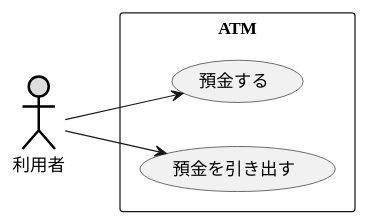
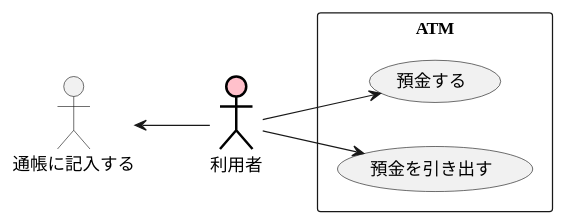
The diagram in 例題1_UC_ATM.pu (hinokanata/uml-introduction), drawn with PlantUML before and after one commit. The commit also changed 1 other file, not shown here.

Commit message:
図書館システム

```diff
--- a/例題1_UC_ATM.pu
+++ b/例題1_UC_ATM.pu
@@ -1,10 +1,11 @@
 @startuml 例題1
 left to right direction
-actor 利用者 #DDDDDD;line:black;line.bold;
+actor 利用者 #Pink;line:black;line.bold;
 rectangle ATM {
 usecase 預金する
 usecase 預金を引き出す
 }
 利用者 --> 預金する
 利用者 --> 預金を引き出す
+通帳に記入する <-- 利用者
 @enduml
```
